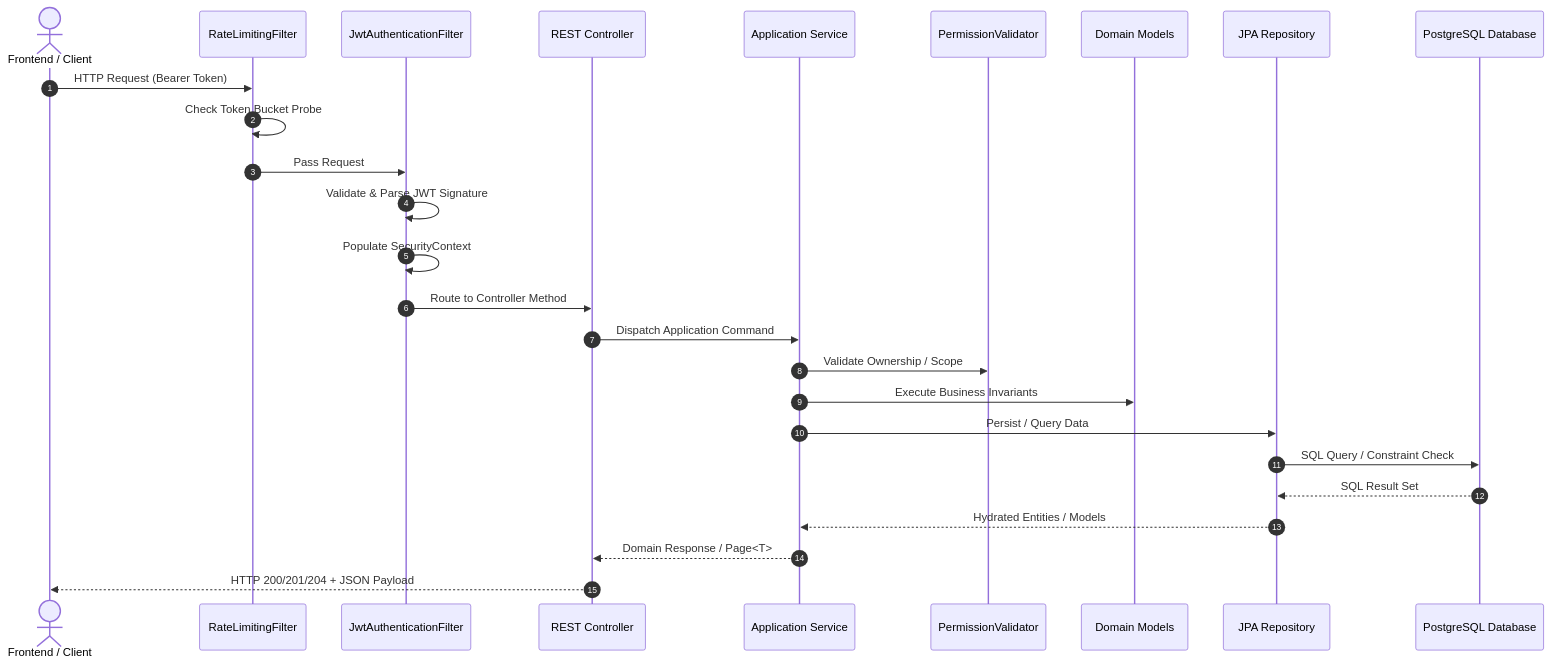
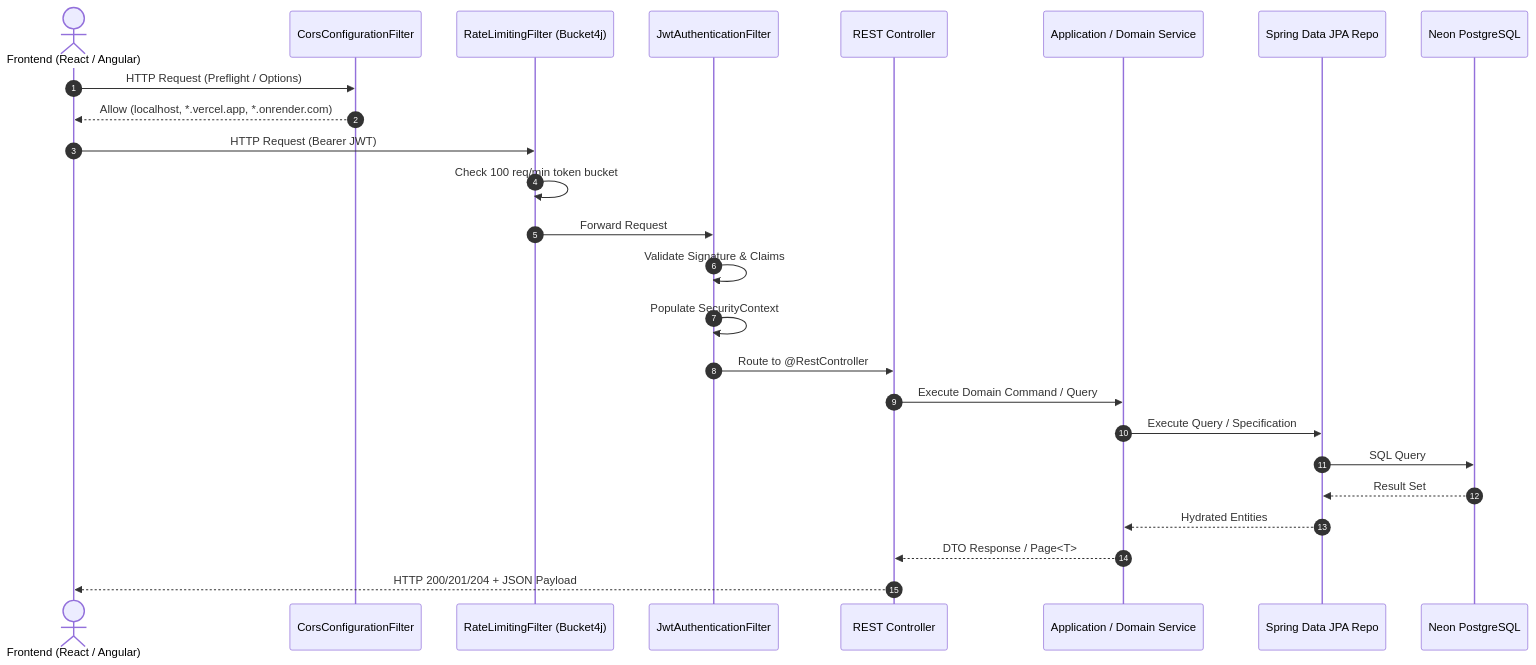
Before and after one commit to DiegoVilla27/task-manager-system: the diagram in task-manager/README.md, drawn with Mermaid. The commit also changed other lines of this file and 3 other files, not shown here.

````diff
--- a/task-manager/README.md
+++ b/task-manager/README.md
@@ -26,29 +41,28 @@
 ```mermaid
 sequenceDiagram
     autonumber
-    actor Client as Frontend / Client
-    participant RateLimiter as RateLimitingFilter
+    actor Client as Frontend (React / Angular)
+    participant CORS as CorsConfigurationFilter
+    participant RateLimiter as RateLimitingFilter (Bucket4j)
     participant JwtFilter as JwtAuthenticationFilter
     participant Controller as REST Controller
-    participant Service as Application Service
-    participant Validator as PermissionValidator
-    participant Domain as Domain Models
-    participant Repo as JPA Repository
-    participant DB as PostgreSQL Database
+    participant Service as Application / Domain Service
+    participant Repo as Spring Data JPA Repo
+    participant DB as Neon PostgreSQL
 
-    Client->>RateLimiter: HTTP Request (Bearer Token)
-    RateLimiter->>RateLimiter: Check Token Bucket Probe
-    RateLimiter->>JwtFilter: Pass Request
-    JwtFilter->>JwtFilter: Validate & Parse JWT Signature
+    Client->>CORS: HTTP Request (Preflight / Options)
+    CORS-->>Client: Allow (localhost, *.vercel.app, *.onrender.com)
+    Client->>RateLimiter: HTTP Request (Bearer JWT)
+    RateLimiter->>RateLimiter: Check 100 req/min token bucket
+    RateLimiter->>JwtFilter: Forward Request
+    JwtFilter->>JwtFilter: Validate Signature & Claims
     JwtFilter->>JwtFilter: Populate SecurityContext
-    JwtFilter->>Controller: Route to Controller Method
-    Controller->>Service: Dispatch Application Command
-    Service->>Validator: Validate Ownership / Scope
-    Service->>Domain: Execute Business Invariants
-    Service->>Repo: Persist / Query Data
-    Repo->>DB: SQL Query / Constraint Check
-    DB-->>Repo: SQL Result Set
-    Repo-->>Service: Hydrated Entities / Models
-    Service-->>Controller: Domain Response / Page<T>
+    JwtFilter->>Controller: Route to @RestController
+    Controller->>Service: Execute Domain Command / Query
+    Service->>Repo: Execute Query / Specification
+    Repo->>DB: SQL Query
+    DB-->>Repo: Result Set
+    Repo-->>Service: Hydrated Entities
+    Service-->>Controller: DTO Response / Page<T>
     Controller-->>Client: HTTP 200/201/204 + JSON Payload
 ```
````
